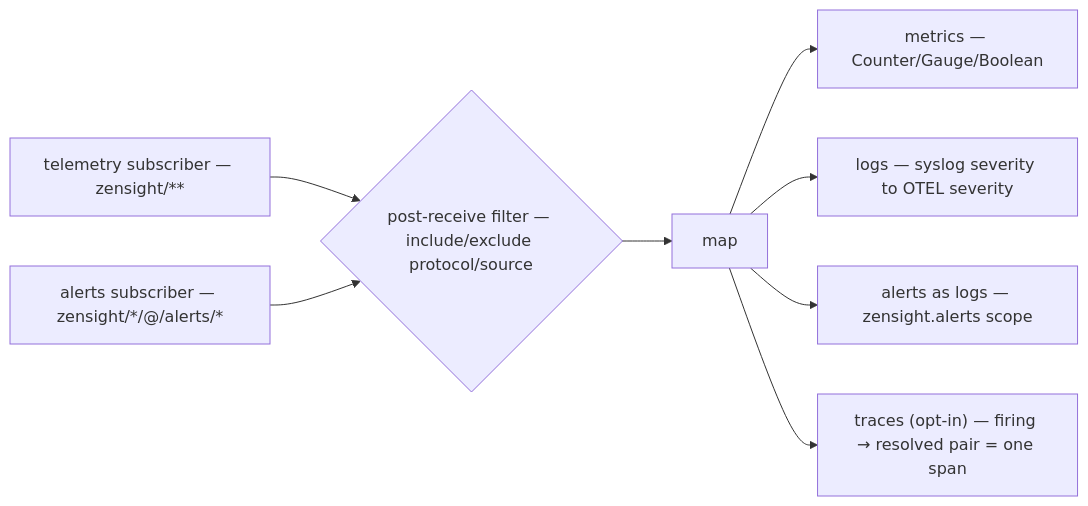
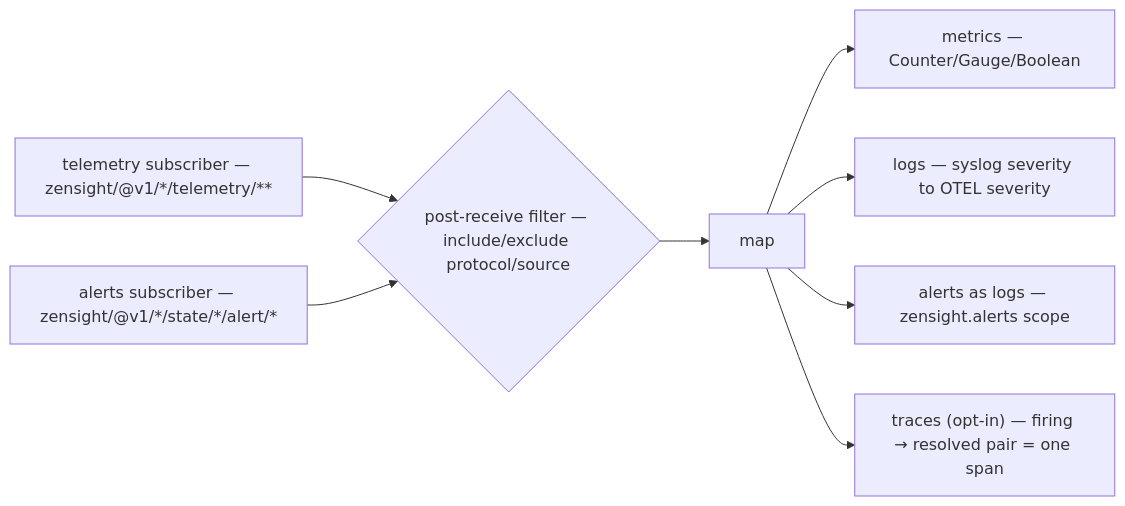
Before and after one commit to p13marc/zensight: the diagram in zensight-exporter-otel/docs/reference.md, drawn with Mermaid. The commit also changed other lines of this file and 67 other files, not shown here.

````diff
--- a/zensight-exporter-otel/docs/reference.md
+++ b/zensight-exporter-otel/docs/reference.md
@@ -26,12 +30,12 @@
 ```mermaid
 flowchart LR
-    T["telemetry subscriber — zensight/**"] --> Filt
-    Al["alerts subscriber — zensight/*/@/alerts/*"] --> Filt
+    T["telemetry subscriber — zensight/@v1/*/telemetry/**"] --> Filt
+    Al["alerts subscriber — zensight/@v1/*/state/*/alert/*"] --> Filt
 
     Filt{"post-receive filter — include/exclude protocol/source"} --> Map["map"]
 
     Map --> Met["metrics — Counter/Gauge/Boolean"]
     Map --> Log["logs — syslog severity to OTEL severity"]
     Map --> AlLog["alerts as logs — zensight.alerts scope"]
     Map --> Tr["traces (opt-in) — firing → resolved pair = one span"]
 ```
````
